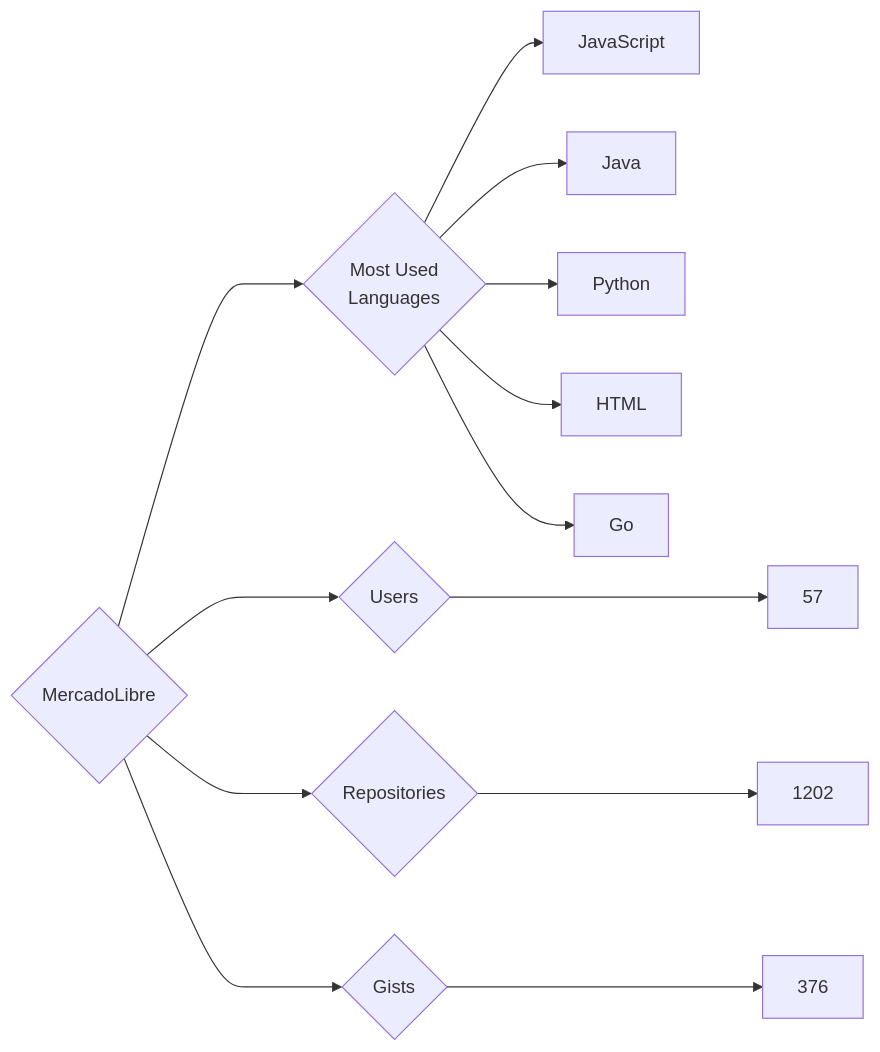
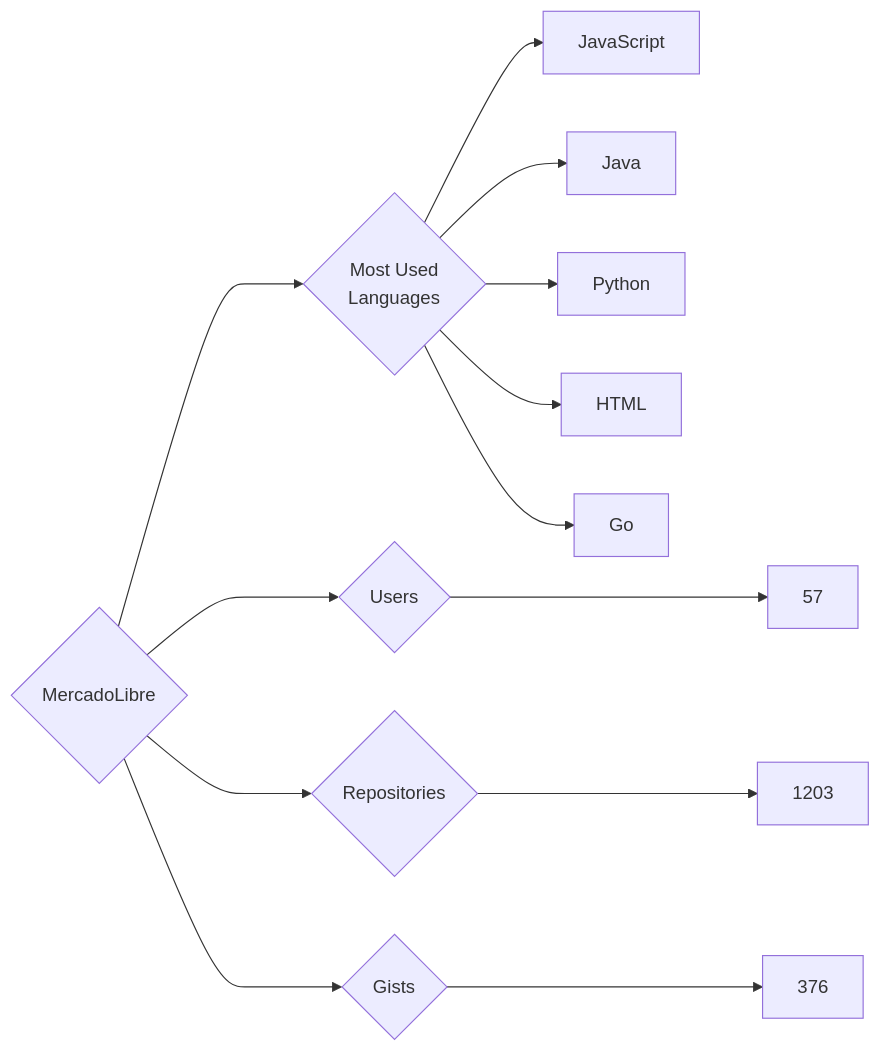
The diagram in targets/MercadoLibre/README.md (trickest/insiders), drawn with Mermaid before and after one commit. The commit also changed 444 other files, not shown here.

````diff
--- a/targets/MercadoLibre/README.md
+++ b/targets/MercadoLibre/README.md
@@ -3,13 +3,13 @@
 ```mermaid
 graph LR
 COMPANY_NAME{MercadoLibre}
 COMPANY_NAME ---> U{Users} ---> UN[57]
-COMPANY_NAME ---> R{Repositories} ---> RN[1202]
+COMPANY_NAME ---> R{Repositories} ---> RN[1203]
 COMPANY_NAME ---> G{Gists} ---> GN[376]
 COMPANY_NAME ---> ML{Most Used<br>Languages}
 ML --> JavaScript[JavaScript]
 ML --> Java[Java]
 ML --> Python[Python]
 ML --> HTML[HTML]
 ML --> Go[Go]
 ```
````
